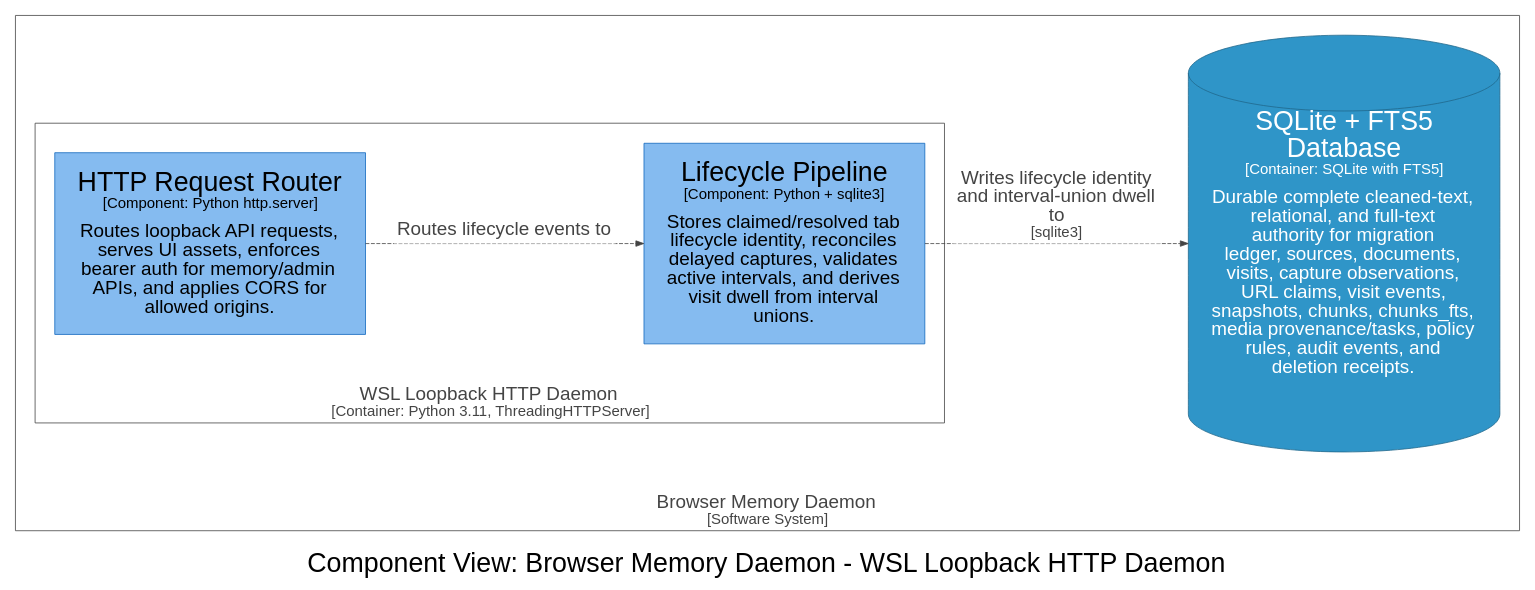
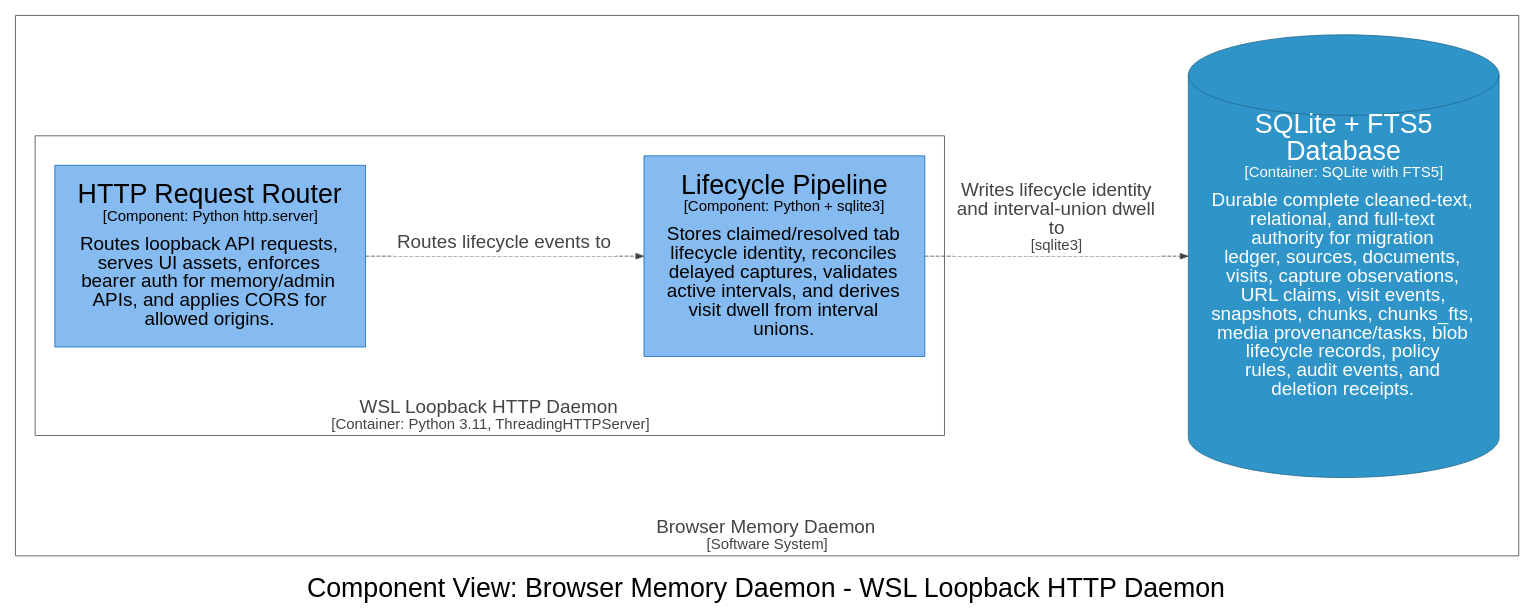
Before and after one commit to michaelnicks0/browser-memory-daemon: the diagram in docs/architecture/diagrams/dot/structurizr-DaemonLifecycleComponents.dot, drawn with Graphviz. The commit also changed 201 other files, not shown here.

```diff
--- a/docs/architecture/diagrams/dot/structurizr-DaemonLifecycleComponents.dot
+++ b/docs/architecture/diagrams/dot/structurizr-DaemonLifecycleComponents.dot
@@ -1,34 +1,34 @@
 digraph {
   compound=true
   graph [fontname="Arial", rankdir=LR, ranksep=1.0, nodesep=1.0]
   node [fontname="Arial", shape=box, margin="0.4,0.3"]
   edge [fontname="Arial"]
   label=<<br /><font point-size="34">Component View: Browser Memory Daemon - WSL Loopback HTTP Daemon</font>>
 
   subgraph cluster_4 {
     margin=25
     label=<<font point-size="24"><br />Browser Memory Daemon</font><br /><font point-size="19">[Software System]</font>>
     labelloc=b
     color="#444444"
     fontcolor="#444444"
     fillcolor="#444444"
 
     subgraph cluster_14 {
       margin=25
       label=<<font point-size="24"><br />WSL Loopback HTTP Daemon</font><br /><font point-size="19">[Container: Python 3.11, ThreadingHTTPServer]</font>>
       labelloc=b
       color="#444444"
       fontcolor="#444444"
       fillcolor="#444444"
 
       15 [id=15,shape=rect, label=<<font point-size="34">HTTP Request Router</font><br /><font point-size="19">[Component: Python http.server]</font><br /><br /><font point-size="24">Routes loopback API requests,<br />serves UI assets, enforces<br />bearer auth for memory/admin<br />APIs, and applies CORS for<br />allowed origins.</font>>, style=filled, color="#1168bd", fillcolor="#85bbf0", fontcolor="#000000"]
       20 [id=20,shape=rect, label=<<font point-size="34">Lifecycle Pipeline</font><br /><font point-size="19">[Component: Python + sqlite3]</font><br /><br /><font point-size="24">Stores claimed/resolved tab<br />lifecycle identity, reconciles<br />delayed captures, validates<br />active intervals, and derives<br />visit dwell from interval<br />unions.</font>>, style=filled, color="#1168bd", fillcolor="#85bbf0", fontcolor="#000000"]
     }
 
-    29 [id=29,shape=cylinder, label=<<font point-size="34">SQLite + FTS5<br />Database</font><br /><font point-size="19">[Container: SQLite with FTS5]</font><br /><br /><font point-size="24">Durable complete cleaned-text,<br />relational, and full-text<br />authority for migration<br />ledger, sources, documents,<br />visits, capture observations,<br />URL claims, visit events,<br />snapshots, chunks, chunks_fts,<br />media provenance/tasks, policy<br />rules, audit events, and<br />deletion receipts.</font>>, style=filled, color="#20688c", fillcolor="#2f95c8", fontcolor="#ffffff"]
+    30 [id=30,shape=cylinder, label=<<font point-size="34">SQLite + FTS5<br />Database</font><br /><font point-size="19">[Container: SQLite with FTS5]</font><br /><br /><font point-size="24">Durable complete cleaned-text,<br />relational, and full-text<br />authority for migration<br />ledger, sources, documents,<br />visits, capture observations,<br />URL claims, visit events,<br />snapshots, chunks, chunks_fts,<br />media provenance/tasks, blob<br />lifecycle records, policy<br />rules, audit events, and<br />deletion receipts.</font>>, style=filled, color="#20688c", fillcolor="#2f95c8", fontcolor="#ffffff"]
   }
 
-  15 -> 20 [id=71, label=<<TABLE BORDER="0" CELLBORDER="0" CELLSPACING="0" CELLPADDING="4" BGCOLOR="white"><TR><TD><font point-size="24">Routes lifecycle events to</font></TD></TR></TABLE>>, style="dashed", color="#444444", fontcolor="#444444"]
-  20 -> 29 [id=79, label=<<TABLE BORDER="0" CELLBORDER="0" CELLSPACING="0" CELLPADDING="4" BGCOLOR="white"><TR><TD><font point-size="24">Writes lifecycle identity<br />and interval-union dwell<br />to</font><br /><font point-size="19">[sqlite3]</font></TD></TR></TABLE>>, style="dashed", color="#444444", fontcolor="#444444"]
+  15 -> 20 [id=73, label=<<TABLE BORDER="0" CELLBORDER="0" CELLSPACING="0" CELLPADDING="4" BGCOLOR="white"><TR><TD><font point-size="24">Routes lifecycle events to</font></TD></TR></TABLE>>, style="dashed", color="#444444", fontcolor="#444444"]
+  20 -> 30 [id=81, label=<<TABLE BORDER="0" CELLBORDER="0" CELLSPACING="0" CELLPADDING="4" BGCOLOR="white"><TR><TD><font point-size="24">Writes lifecycle identity<br />and interval-union dwell<br />to</font><br /><font point-size="19">[sqlite3]</font></TD></TR></TABLE>>, style="dashed", color="#444444", fontcolor="#444444"]
 
 }
```
